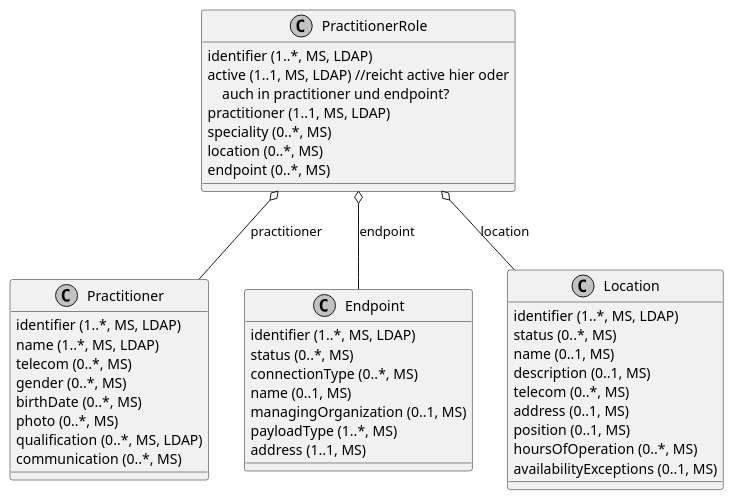
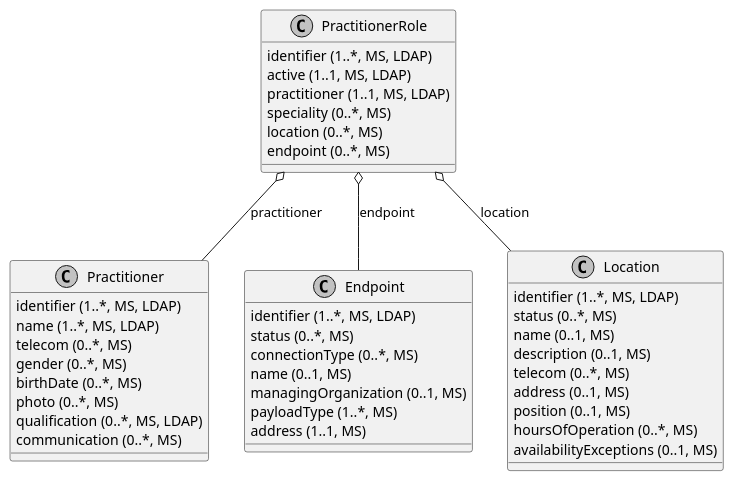
The diagram in src/plantuml/ClassDiagram.PractitionerRole.puml (gematik/api-vzd), drawn with PlantUML before and after one commit. The commit also changed 10 other files, not shown here.

```diff
--- a/src/plantuml/ClassDiagram.PractitionerRole.puml
+++ b/src/plantuml/ClassDiagram.PractitionerRole.puml
@@ -1,45 +1,45 @@
 @startuml ClassDiagram.PractitionerRole
 skinparam monochrome true
 class PractitionerRole {
   {field} identifier (1..*, MS, LDAP)
-  {field} active (1..1, MS, LDAP) //reicht active hier oder\n    auch in practitioner und endpoint?
+  {field} active (1..1, MS, LDAP)
   {field} practitioner (1..1, MS, LDAP)
   {field} speciality (0..*, MS)
   {field} location (0..*, MS)
   {field} endpoint (0..*, MS)
 }
 class Practitioner {
   {field} identifier (1..*, MS, LDAP)
   {field} name (1..*, MS, LDAP)
   {field} telecom (0..*, MS)
   {field} gender (0..*, MS)
   {field} birthDate (0..*, MS)
   {field} photo (0..*, MS)
   {field} qualification (0..*, MS, LDAP)
   {field} communication (0..*, MS)
 }
 class Endpoint {
   {field} identifier (1..*, MS, LDAP)
   {field} status (0..*, MS)
   {field} connectionType (0..*, MS)
   {field} name (0..1, MS)
   {field} managingOrganization (0..1, MS)
   {field} payloadType (1..*, MS)
   {field} address (1..1, MS)
 }
 class Location {
   {field} identifier (1..*, MS, LDAP)
   {field} status (0..*, MS)
   {field} name (0..1, MS)
   {field} description (0..1, MS)
   {field} telecom (0..*, MS)
   {field} address (0..1, MS)
   {field} position (0..1, MS)
   {field} hoursOfOperation (0..*, MS)
   {field} availabilityExceptions (0..1, MS)
 }
 
 PractitionerRole o-- Practitioner: practitioner
 PractitionerRole o-- Endpoint: endpoint
 PractitionerRole o-- Location: location
 @enduml
```
